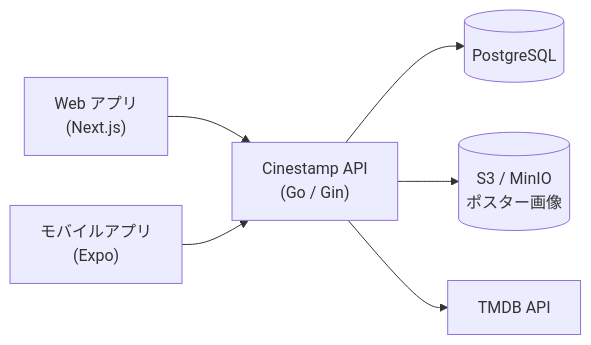
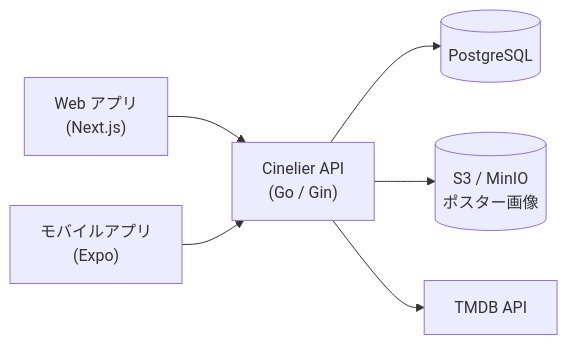
The first of 3 diagrams in README.ja.md (masaya-nishimura-09/movie-log-api), drawn with Mermaid before and after one commit. The commit also changed other lines of this file and 1 other file, not shown here.

Commit message:
docs: rename the app to Cinelier in README

````diff
--- a/README.ja.md
+++ b/README.ja.md
@@ -25,8 +25,8 @@
 ```mermaid
 flowchart LR
     web["Web アプリ<br/>(Next.js)"] --> api
     mobile["モバイルアプリ<br/>(Expo)"] --> api
-    api["Cinestamp API<br/>(Go / Gin)"] --> db[("PostgreSQL")]
+    api["Cinelier API<br/>(Go / Gin)"] --> db[("PostgreSQL")]
     api --> storage[("S3 / MinIO<br/>ポスター画像")]
     api --> tmdb["TMDB API"]
 ```
````
